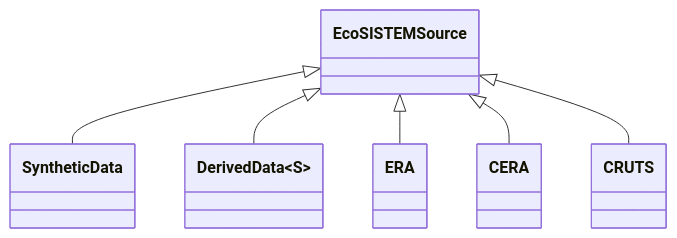
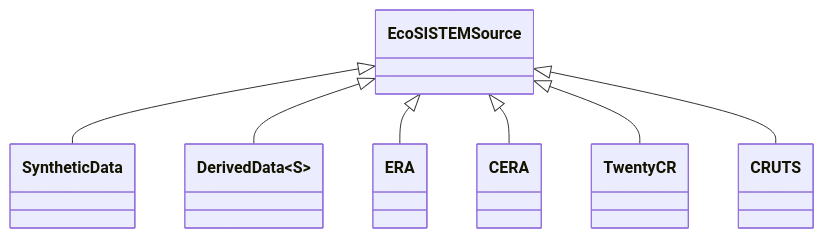
One commit to EcoJulia/EcoSISTEM.jl changed diagram 20 of 20 in data/architecture.md. Above: the diagram before and after it, drawn with Mermaid. The commit also changed other lines of this file and 44 other files, not shown here.

````diff
--- a/data/architecture.md
+++ b/data/architecture.md
@@ -946,9 +954,10 @@
 ```mermaid
 classDiagram
     class DerivedData~S~
     EcoSISTEMSource <|-- SyntheticData
     EcoSISTEMSource <|-- DerivedData
     EcoSISTEMSource <|-- ERA
     EcoSISTEMSource <|-- CERA
+    EcoSISTEMSource <|-- TwentyCR
     EcoSISTEMSource <|-- CRUTS
 ```
````
